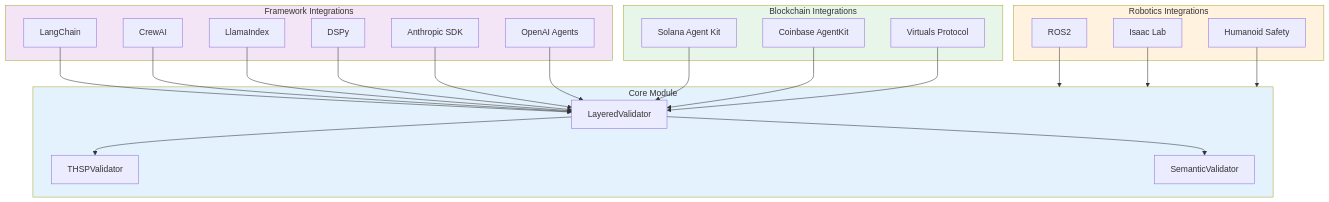
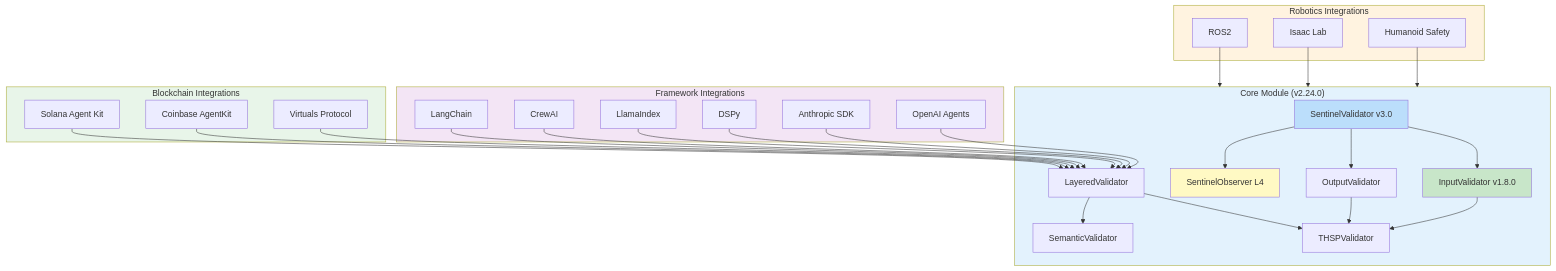
One commit to sentinel-seed/sentinel changed the fifth of 9 diagrams in docs/ARCHITECTURE.md. Above: the diagram before and after it, drawn with Mermaid. The commit also changed other lines of this file, not shown here.

First line of the commit message:
docs(architecture): add v2.24.0 mermaid diagrams

````diff
--- a/docs/ARCHITECTURE.md
+++ b/docs/ARCHITECTURE.md
@@ -147,52 +147,64 @@
 ```mermaid
 flowchart TB
-    subgraph Core["Core Module"]
+    subgraph Core["Core Module (v2.24.0)"]
+        SV[SentinelValidator v3.0]
         LV[LayeredValidator]
+        IV[InputValidator v1.8.0]
+        OV[OutputValidator]
         THSP[THSPValidator]
         SEM[SemanticValidator]
+        L4[SentinelObserver L4]
+
+        SV --> IV
+        SV --> OV
+        SV --> L4
+        LV --> THSP
+        LV --> SEM
+        IV --> THSP
+        OV --> THSP
     end
 
     subgraph Integrations["Framework Integrations"]
         LC[LangChain]
         CR[CrewAI]
         LL[LlamaIndex]
         DSP[DSPy]
         ANT[Anthropic SDK]
         OAI[OpenAI Agents]
     end
 
     subgraph Robotics["Robotics Integrations"]
         ROS[ROS2]
         ISA[Isaac Lab]
         HUM[Humanoid Safety]
     end
 
     subgraph Blockchain["Blockchain Integrations"]
         SOL[Solana Agent Kit]
         CB[Coinbase AgentKit]
         VIR[Virtuals Protocol]
     end
 
-    LV --> THSP
-    LV --> SEM
-
     LC --> LV
     CR --> LV
     LL --> LV
     DSP --> LV
     ANT --> LV
     OAI --> LV
 
     ROS --> Core
     ISA --> Core
     HUM --> Core
 
     SOL --> LV
     CB --> LV
     VIR --> LV
 
     style Core fill:#e3f2fd
     style Integrations fill:#f3e5f5
     style Robotics fill:#fff3e0
     style Blockchain fill:#e8f5e9
+    style SV fill:#bbdefb
+    style IV fill:#c8e6c9
+    style L4 fill:#fff9c4
 ```
````
